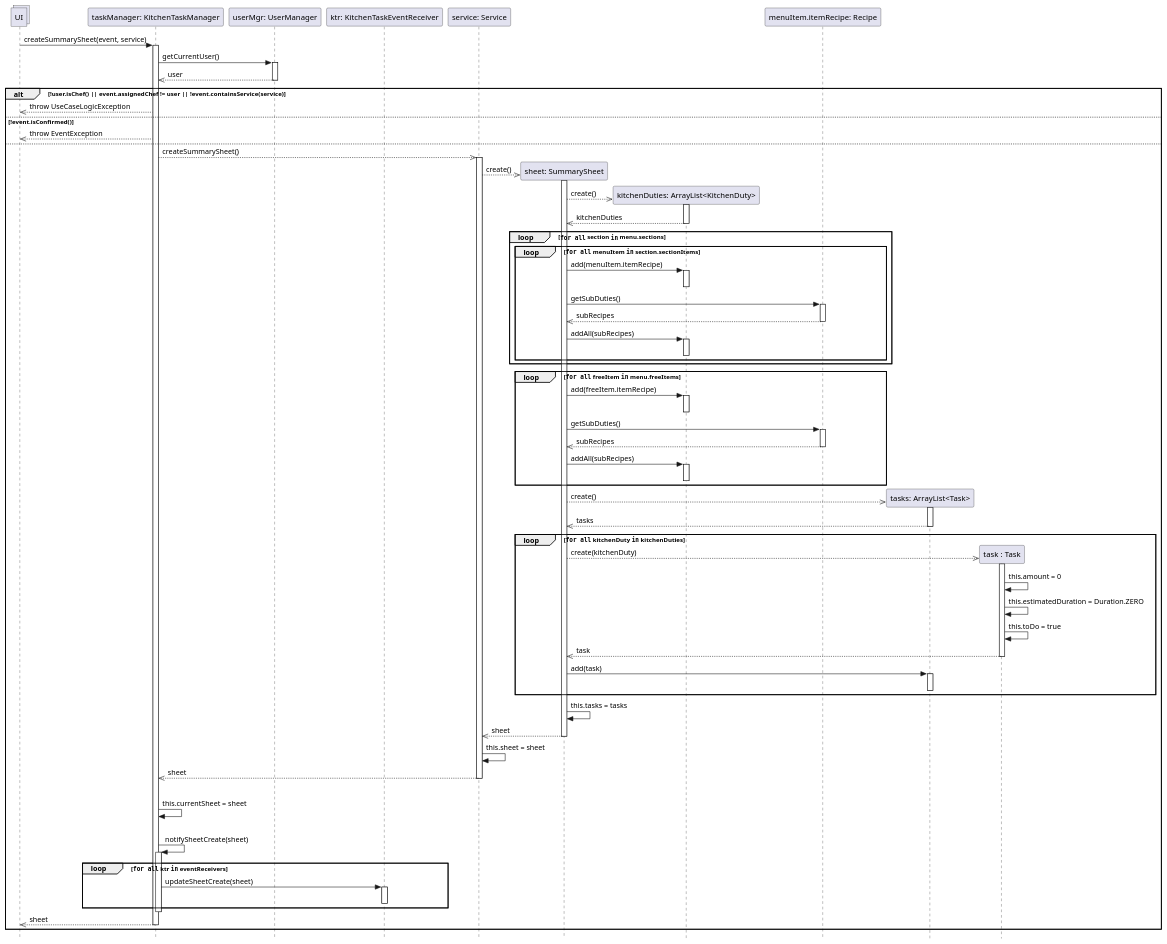
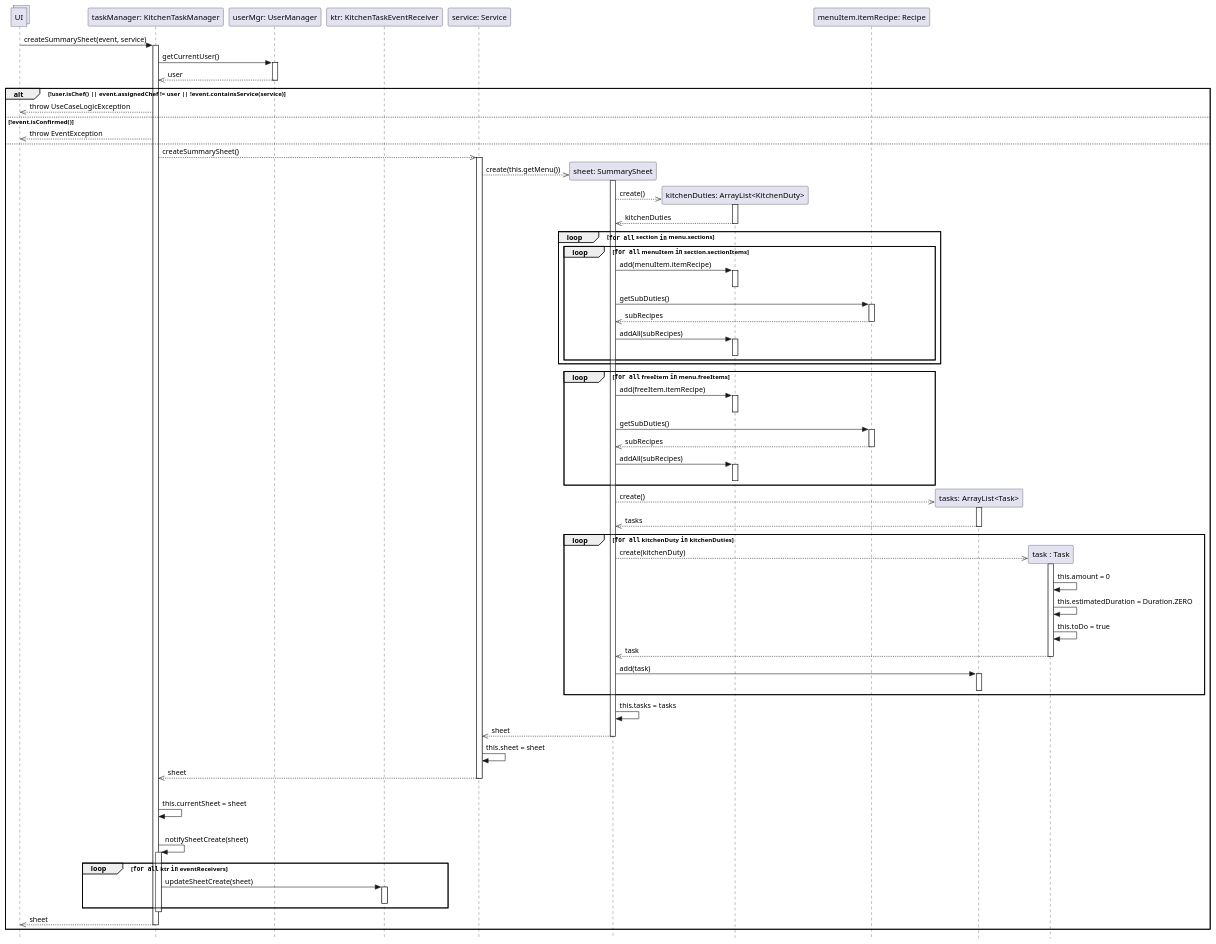
One commit to stefa168/sas-project changed the diagram in UP/Progettazione/UC Gestire Compiti Cucina/DSD/DSD Operazione 1.puml. Above: the diagram before and after it, drawn with PlantUML.

Commit message:
DSD Operazione 1 Gestire Compiti Cucina

```diff
--- a/UP/Progettazione/UC Gestire Compiti Cucina/DSD/DSD Operazione 1.puml
+++ b/UP/Progettazione/UC Gestire Compiti Cucina/DSD/DSD Operazione 1.puml
@@ -1,116 +1,116 @@
 @startuml Operazione 1
 skinparam Style strictuml
 
 collections UI
 
 participant "taskManager: KitchenTaskManager" as tm
 UI -> tm: createSummarySheet(event, service)
 activate tm
 
 participant "userMgr: UserManager" as um
 participant "ktr: KitchenTaskEventReceiver" as ktr
 participant "service: Service" as service
 tm -> um: getCurrentUser()
 activate um
 tm <<-- um: user
 deactivate um
 
 alt !user.isChef() || event.assignedChef != user || !event.containsService(service)
     UI <<-- tm: throw UseCaseLogicException
 else !event.isConfirmed()
     UI <<-- tm: throw EventException
 else
     participant "sheet: SummarySheet" as ss
     tm -->> service: createSummarySheet()
     activate service
 
-        service -->>ss**: create()
+        service -->>ss**: create(this.getMenu())
         activate ss
 
             participant "kitchenDuties: ArrayList<KitchenDuty>" as kdList
             ss -->> kdList**: create()
             activate kdList
                 return kitchenDuties
             deactivate kdList
     
             loop ""for all"" section ""in"" menu.sections
                 loop ""for all"" menuItem ""in"" section.sectionItems
                     ss -> kdList: add(menuItem.itemRecipe)
                     activate kdList
                     deactivate kdList
             
                     participant "menuItem.itemRecipe: Recipe" as recipe
                     ss -> recipe: getSubDuties()
                     activate recipe
                         ss <<-- recipe: subRecipes
                     deactivate recipe
 
                     ss -> kdList: addAll(subRecipes)
                     activate kdList
                     deactivate kdList
 
                 end
             end
 
             loop ""for all"" freeItem ""in"" menu.freeItems
                 ss -> kdList: add(freeItem.itemRecipe)
                 activate kdList
                 deactivate kdList
 
                 participant "freeItem.itemRecipe: Recipe" as recipe
                 ss -> recipe: getSubDuties()
                 activate recipe
                     ss <<-- recipe: subRecipes
                 deactivate recipe
 
                 ss -> kdList: addAll(subRecipes)
                 activate kdList
                 deactivate kdList
             end
 
             participant "tasks: ArrayList<Task>" as tasks
             ss -->> tasks**: create()
             activate tasks
                 ss <<-- tasks: tasks
             deactivate tasks
 
             loop ""for all"" kitchenDuty ""in"" kitchenDuties
                 participant "task : Task" as t
                 ss -->> t **: create(kitchenDuty)
                 activate t
                     t -> t: this.amount = 0
                     t -> t: this.estimatedDuration = Duration.ZERO
                     t -> t: this.toDo = true
                 return task
                 deactivate t
                 ss ->tasks: add(task)
                 activate tasks
                 deactivate tasks
             end
 
             ss -> ss: this.tasks = tasks
             service <<-- ss: sheet
         deactivate ss
         service->service:this.sheet = sheet
         tm <<-- service: sheet
     deactivate service
 
     |||
     tm -> tm: this.currentSheet = sheet
     |||
     tm -> tm: notifySheetCreate(sheet)
     activate tm
     loop ""for all"" ktr ""in"" eventReceivers
         tm -> ktr : updateSheetCreate(sheet)
         activate ktr
         deactivate ktr
     end
     deactivate tm
 
 
     UI <<-- tm: sheet
     deactivate tm
     
 end
 
 @enduml
```
